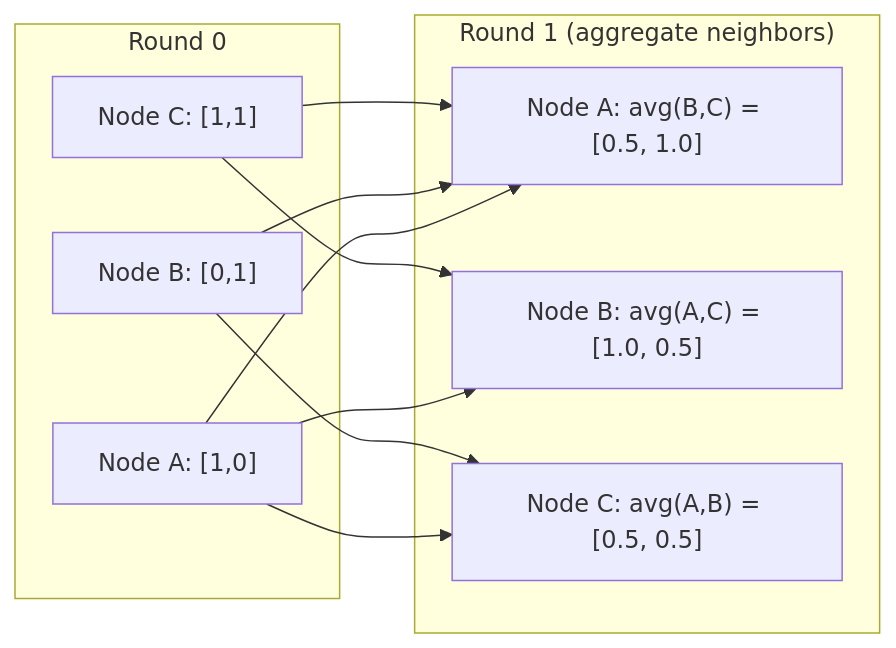
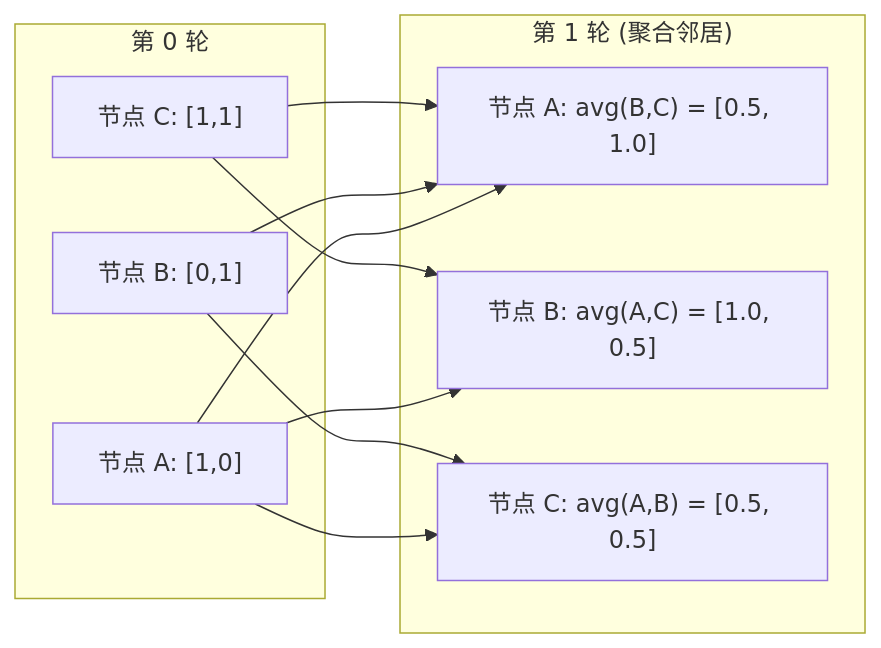
The second of 2 diagrams in phases/01-math-foundations/21-graph-theory/docs/zh.md (alessandrodinisio-ai/ai-engineering-learning-framework), drawn with Mermaid before and after one commit. The commit also changed other lines of this file and 120 other files, not shown here.

First line of the commit message:
i18n(mermaid): 337 个 mermaid 图表标签中文化

````diff
--- a/phases/01-math-foundations/21-graph-theory/docs/zh.md
+++ b/phases/01-math-foundations/21-graph-theory/docs/zh.md
@@ -210,20 +210,20 @@
 ```mermaid
 graph LR
-    subgraph "Round 0"
-        A0["Node A: [1,0]"]
-        B0["Node B: [0,1]"]
-        C0["Node C: [1,1]"]
+    subgraph "第 0 轮"
+        A0["节点 A: [1,0]"]
+        B0["节点 B: [0,1]"]
+        C0["节点 C: [1,1]"]
     end
-    subgraph "Round 1 (aggregate neighbors)"
-        A1["Node A: avg(B,C) = [0.5, 1.0]"]
-        B1["Node B: avg(A,C) = [1.0, 0.5]"]
-        C1["Node C: avg(A,B) = [0.5, 0.5]"]
+    subgraph "第 1 轮 (聚合邻居)"
+        A1["节点 A: avg(B,C) = [0.5, 1.0]"]
+        B1["节点 B: avg(A,C) = [1.0, 0.5]"]
+        C1["节点 C: avg(A,B) = [0.5, 0.5]"]
     end
     A0 --> A1
     B0 --> A1
     C0 --> A1
     A0 --> B1
     C0 --> B1
     A0 --> C1
     B0 --> C1
 ```
````
